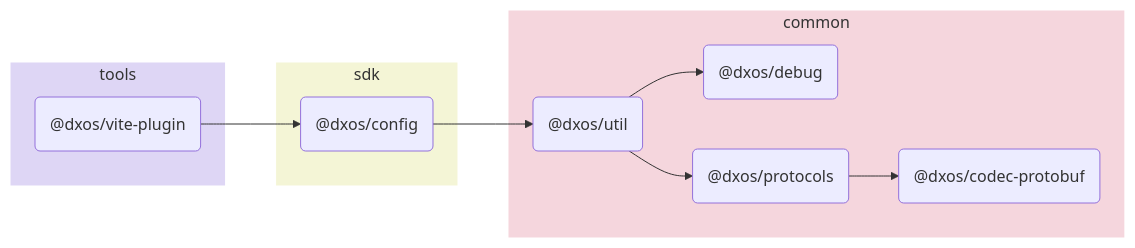
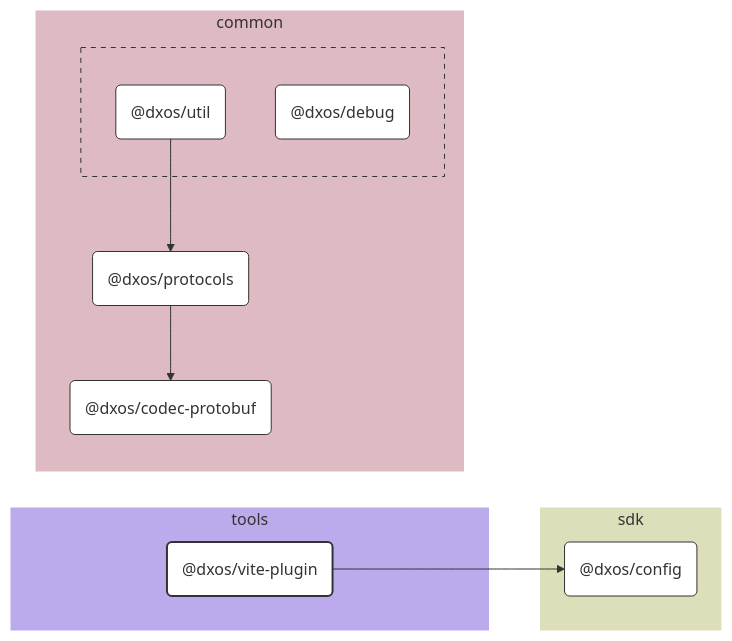
The diagram in tools/vite-plugin/docs/README.md (dxos/dxos), drawn with Mermaid before and after one commit. The commit also changed other lines of this file and 109 other files, not shown here.

````diff
--- a/tools/vite-plugin/docs/README.md
+++ b/tools/vite-plugin/docs/README.md
@@ -5,27 +7,58 @@
 ```mermaid
-flowchart LR;
+%%{ init: {'flowchart':{'curve':'basis'}} }%%
 
+flowchart LR
+
+%% Links
+dxos/protocols --> dxos/codec-protobuf;
+dxos/util --> dxos/protocols;
+dxos/vite-plugin --> dxos/config;
+
+%% Sections
 subgraph tools
-  style tools fill:#ded6f5,stroke:#fff;
-  dxos/vite-plugin("@dxos/vite-plugin");
+  style tools fill:#bbabed,stroke:#fff;
+
+  dxos/vite-plugin("@dxos/vite-plugin")
 end
 
 subgraph sdk
-  style sdk fill:#f4f5d6,stroke:#fff;
-  dxos/config("@dxos/config");
+  style sdk fill:#dddeba,stroke:#fff;
+
+  dxos/config("@dxos/config")
 end
 
 subgraph common
-  style common fill:#f5d6dd,stroke:#fff;
-  dxos/codec-protobuf("@dxos/codec-protobuf");
-  dxos/debug("@dxos/debug");
-  dxos/protocols("@dxos/protocols");
-  dxos/util("@dxos/util");
+  style common fill:#debac2,stroke:#fff;
+
+  dxos/codec-protobuf("@dxos/codec-protobuf")
+  dxos/protocols("@dxos/protocols")
+
+  subgraph common-excluded [ ]
+    style common-excluded fill:#debac2,stroke:#333,stroke-dasharray:5 5;
+
+    dxos/debug("@dxos/debug")
+    dxos/util("@dxos/util")
+  end
 end
 
-dxos/vite-plugin --> dxos/config;
-dxos/protocols --> dxos/codec-protobuf;
-dxos/config --> dxos/util;
-dxos/util --> dxos/debug;
-dxos/util --> dxos/protocols;
+
+%% Hyperlinks
+click dxos/codec-protobuf href "https:/github.com/dxos/dxos/tree/main/packages/common/codec-protobuf/docs";
+click dxos/config href "https:/github.com/dxos/dxos/tree/main/packages/sdk/config/docs";
+click dxos/debug href "https:/github.com/dxos/dxos/tree/main/packages/common/debug/docs";
+click dxos/protocols href "https:/github.com/dxos/dxos/tree/main/packages/common/protocols/docs";
+click dxos/util href "https:/github.com/dxos/dxos/tree/main/packages/common/util/docs";
+
+%% Styles
+classDef rootNode fill:#fff,stroke:#333,stroke-width:2px
+classDef defaultNode fill:#fff,stroke:#333,stroke-width:1px
+linkStyle default stroke:#333,stroke-width:1px
+
+dxos/vite-plugin:::rootNode
+
+dxos/codec-protobuf:::defaultNode
+dxos/config:::defaultNode
+dxos/debug:::defaultNode
+dxos/protocols:::defaultNode
+dxos/util:::defaultNode
 ```
````
